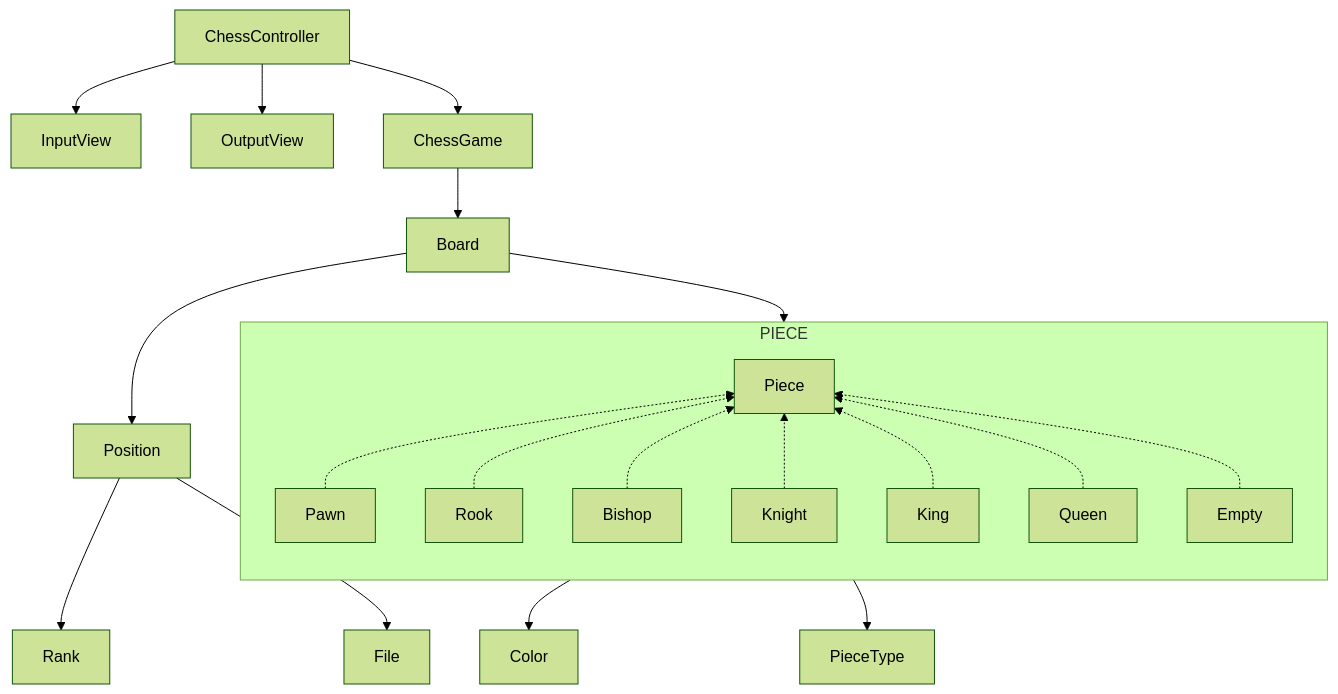
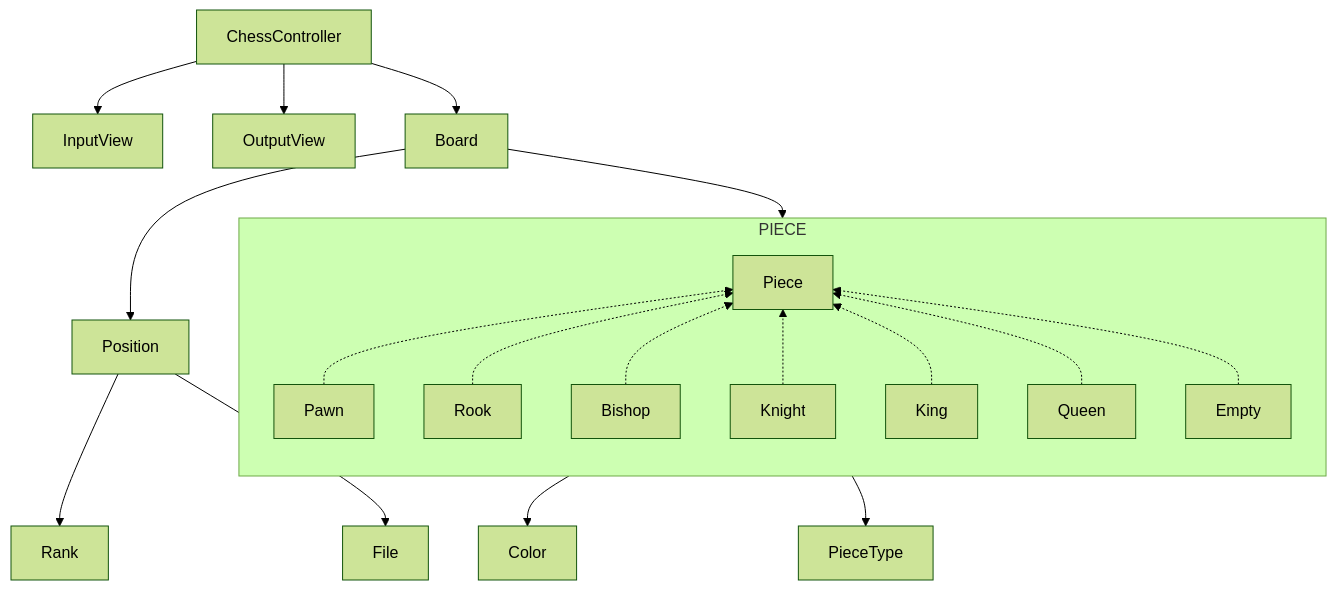
The diagram in README.md (woowacourse/java-chess), drawn with Mermaid (forest theme) before and after one commit. The commit also changed 6 other files, not shown here.

Commit message:
refactor: ChessGame 객체 제거

````diff
--- a/README.md
+++ b/README.md
@@ -44,27 +44,26 @@
 ```mermaid
 graph TD
     ChessController --> InputView
     ChessController --> OutputView
 
-    ChessController --> ChessGame
-    ChessGame --> Board
+    ChessController --> Board
 
     Position --> Rank
     Position --> File
 
     Board --> Position
     Board --> PIECE
     PIECE --> Color
     PIECE --> PieceType
 
     subgraph PIECE
         direction BT
         Pawn -.-> Piece
         Rook -.-> Piece
         Bishop -.-> Piece
         Knight -.-> Piece
         King -.-> Piece
         Queen -.-> Piece
         Empty -.-> Piece
     end
 ```
````
